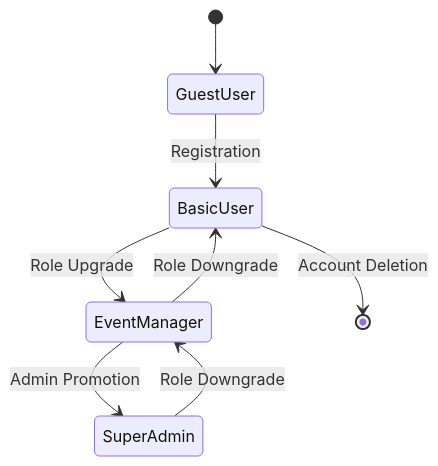
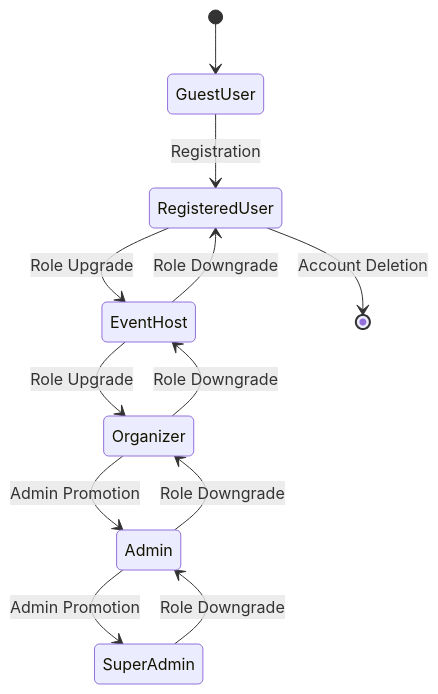
Before and after one commit to mrj0nesmtl/cloud-burst: the fourth of 4 diagrams in docs/user-flows/user_flow_chart.md, drawn with Mermaid. The commit also changed other lines of this file and 65 other files, not shown here.

````diff
--- a/docs/user-flows/user_flow_chart.md
+++ b/docs/user-flows/user_flow_chart.md
@@ -94,10 +173,14 @@
 ```mermaid
 stateDiagram-v2
     [*] --> GuestUser
-    GuestUser --> BasicUser: Registration
-    BasicUser --> EventManager: Role Upgrade
-    EventManager --> SuperAdmin: Admin Promotion
-    SuperAdmin --> EventManager: Role Downgrade
-    EventManager --> BasicUser: Role Downgrade
-    BasicUser --> [*]: Account Deletion
+    GuestUser --> RegisteredUser: Registration
+    RegisteredUser --> EventHost: Role Upgrade
+    EventHost --> Organizer: Role Upgrade
+    Organizer --> Admin: Admin Promotion
+    Admin --> SuperAdmin: Admin Promotion
+    SuperAdmin --> Admin: Role Downgrade
+    Admin --> Organizer: Role Downgrade
+    Organizer --> EventHost: Role Downgrade
+    EventHost --> RegisteredUser: Role Downgrade
+    RegisteredUser --> [*]: Account Deletion
 ```
````
